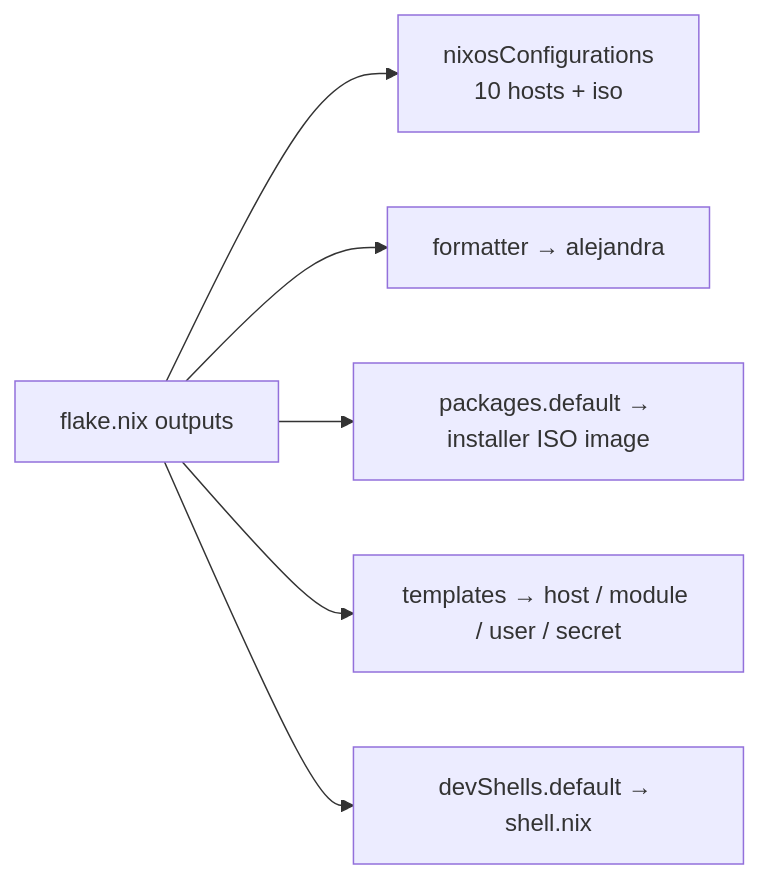
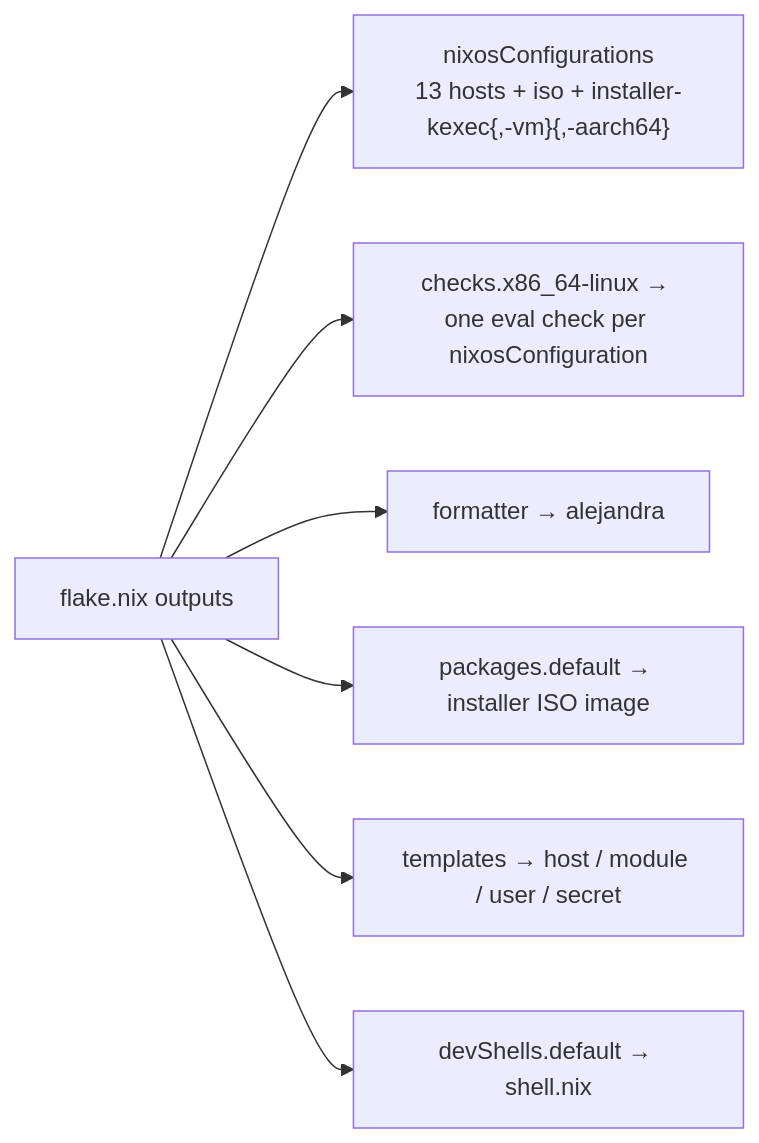
The diagram in wiki/Flake-and-Inputs.md (CalamooseLabs/cala-m-os), drawn with Mermaid before and after one commit. The commit also changed other lines of this file and 5 other files, not shown here.

````diff
--- a/wiki/Flake-and-Inputs.md
+++ b/wiki/Flake-and-Inputs.md
@@ -63,9 +63,10 @@
 ```mermaid
 flowchart LR
   flake["flake.nix outputs"]
-  flake --> nc["nixosConfigurations<br/>10 hosts + iso"]
+  flake --> nc["nixosConfigurations<br/>13 hosts + iso + installer-kexec{,-vm}{,-aarch64}"]
+  flake --> chk["checks.x86_64-linux → one eval check per nixosConfiguration"]
   flake --> fmt["formatter → alejandra"]
   flake --> pkg["packages.default → installer ISO image"]
   flake --> tpl["templates → host / module / user / secret"]
   flake --> dev["devShells.default → shell.nix"]
 ```
````
